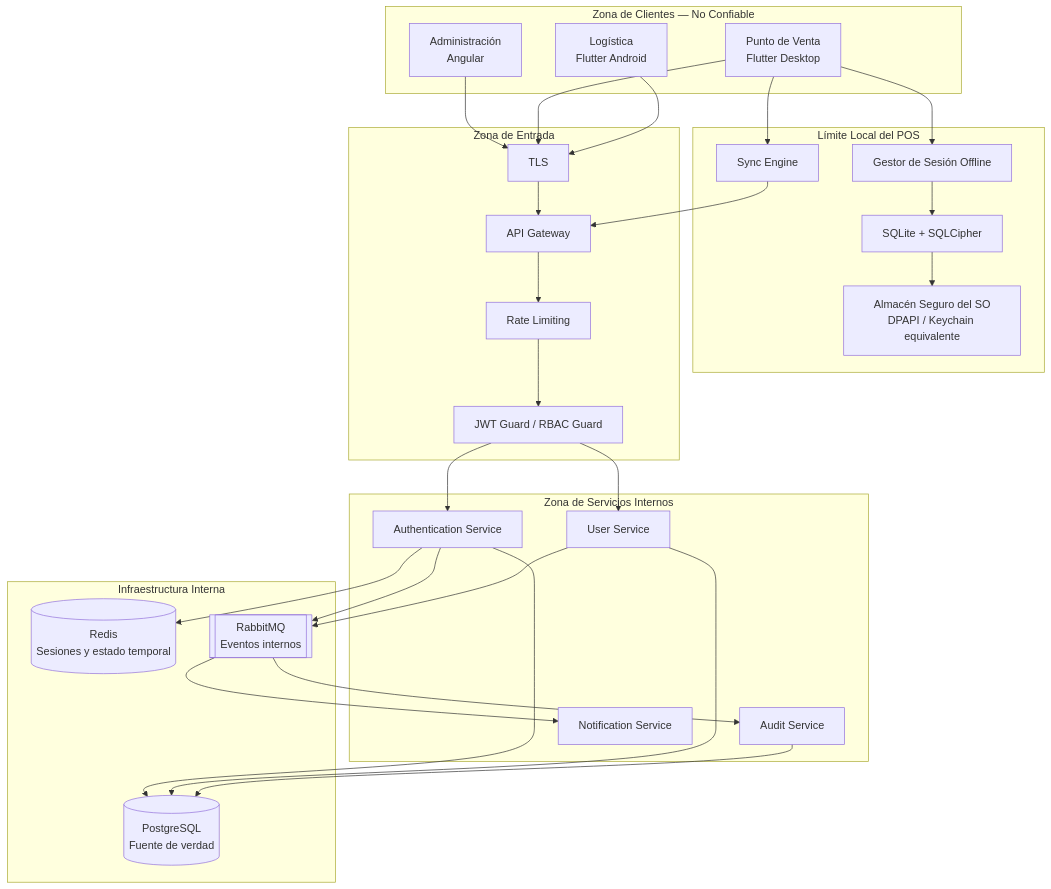
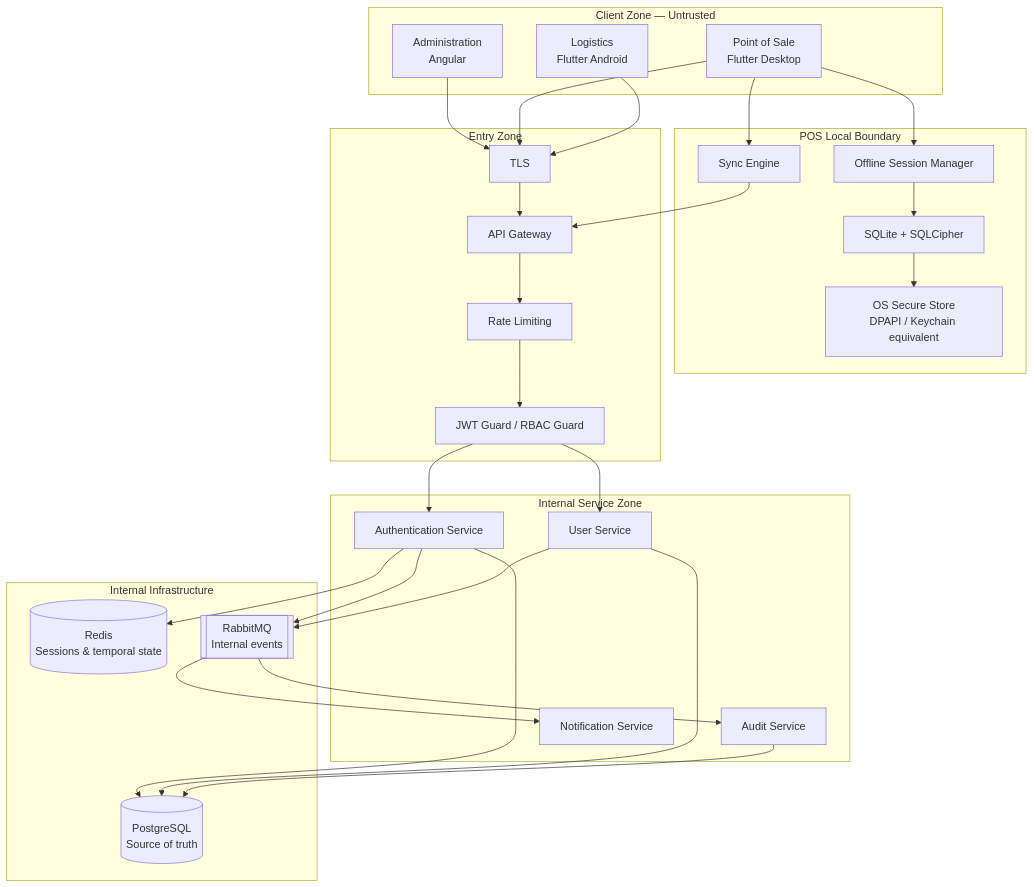
The second of 3 diagrams in Connectivity Strategies in Distributed Systems/SECURITY.md (migueval/software-engineering), drawn with Mermaid before and after one commit. The commit also changed other lines of this file and 19 other files, not shown here.

````diff
--- a/Connectivity Strategies in Distributed Systems/SECURITY.md
+++ b/Connectivity Strategies in Distributed Systems/SECURITY.md
@@ -113,63 +87,63 @@
 ```mermaid
 flowchart TB
-    subgraph EXTERNAL["Zona de Clientes — No Confiable"]
-        ADMIN["Administración\nAngular"]
-        POS["Punto de Venta\nFlutter Desktop"]
-        LOGISTICS["Logística\nFlutter Android"]
+    subgraph EXTERNAL["Client Zone — Untrusted"]
+        ADMIN["Administration\nAngular"]
+        POS["Point of Sale\nFlutter Desktop"]
+        LOGISTICS["Logistics\nFlutter Android"]
     end
 
-    subgraph POS_DEVICE["Límite Local del POS"]
-        SECURE_STORE["Almacén Seguro del SO\nDPAPI / Keychain equivalente"]
+    subgraph POS_DEVICE["POS Local Boundary"]
+        SECURE_STORE["OS Secure Store\nDPAPI / Keychain equivalent"]
         SQLITE["SQLite + SQLCipher"]
-        LOCAL_SESSION["Gestor de Sesión Offline"]
+        LOCAL_SESSION["Offline Session Manager"]
         SYNC["Sync Engine"]
     end
 
-    subgraph EDGE["Zona de Entrada"]
+    subgraph EDGE["Entry Zone"]
         TLS["TLS"]
         GW["API Gateway"]
         RATE["Rate Limiting"]
         AUTH_GUARD["JWT Guard / RBAC Guard"]
     end
 
-    subgraph SERVICES["Zona de Servicios Internos"]
+    subgraph SERVICES["Internal Service Zone"]
         AUTH["Authentication Service"]
         USER["User Service"]
         AUDIT["Audit Service"]
         MAIL["Notification Service"]
     end
 
-    subgraph INFRA["Infraestructura Interna"]
-        POSTGRES[("PostgreSQL\nFuente de verdad")]
-        REDIS[("Redis\nSesiones y estado temporal")]
-        RABBIT[["RabbitMQ\nEventos internos"]]
+    subgraph INFRA["Internal Infrastructure"]
+        POSTGRES[("PostgreSQL\nSource of truth")]
+        REDIS[("Redis\nSessions & temporal state")]
+        RABBIT[["RabbitMQ\nInternal events"]]
     end
 
     ADMIN --> TLS
     POS --> TLS
     LOGISTICS --> TLS
 
     TLS --> GW
     GW --> RATE
     RATE --> AUTH_GUARD
 
     AUTH_GUARD --> AUTH
     AUTH_GUARD --> USER
 
     AUTH --> POSTGRES
     AUTH --> REDIS
     AUTH --> RABBIT
 
     USER --> POSTGRES
     USER --> RABBIT
 
     RABBIT --> MAIL
     RABBIT --> AUDIT
     AUDIT --> POSTGRES
 
     POS --> LOCAL_SESSION
     LOCAL_SESSION --> SQLITE
     SQLITE --> SECURE_STORE
     POS --> SYNC
     SYNC --> GW
 ```
````
